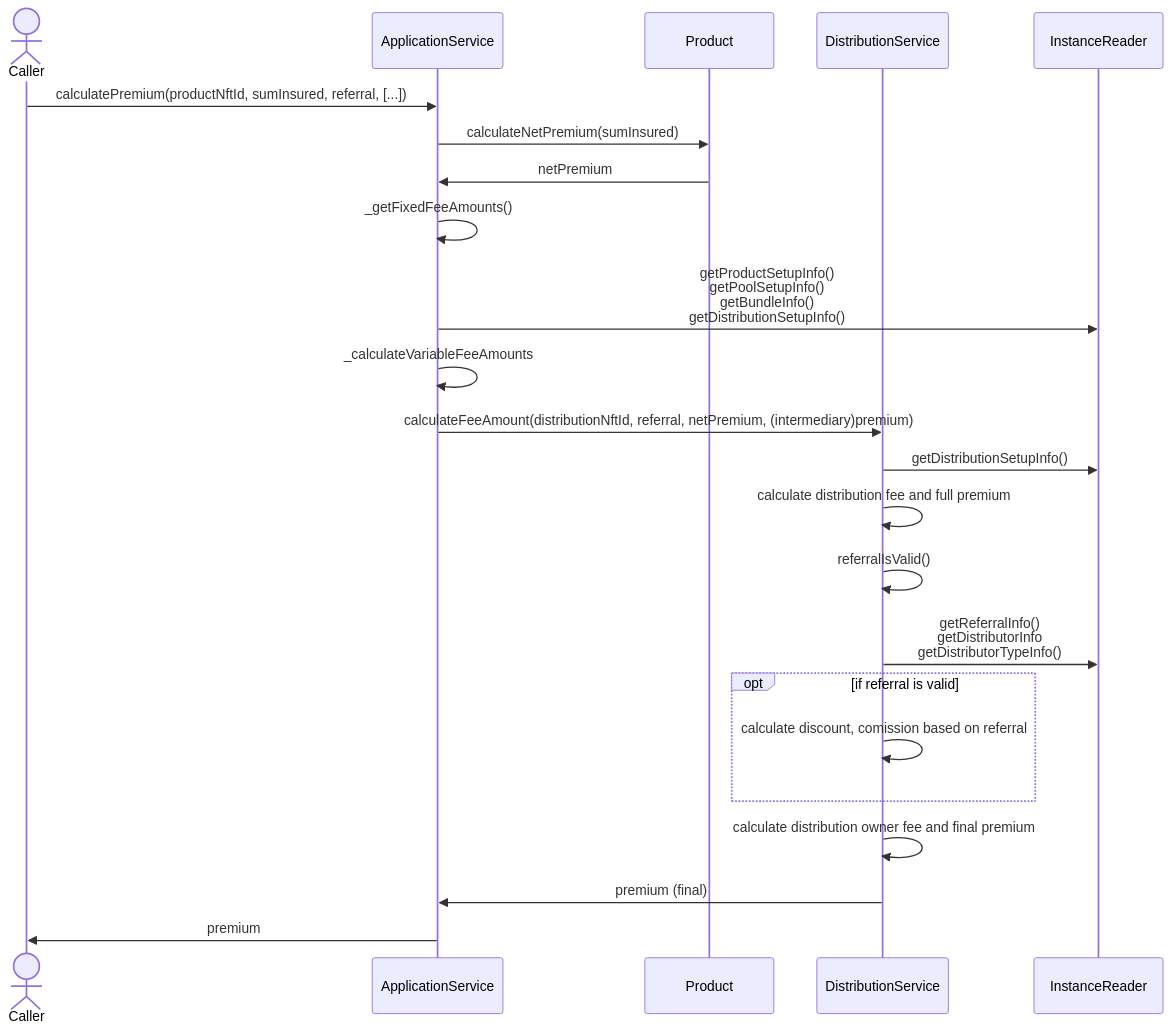
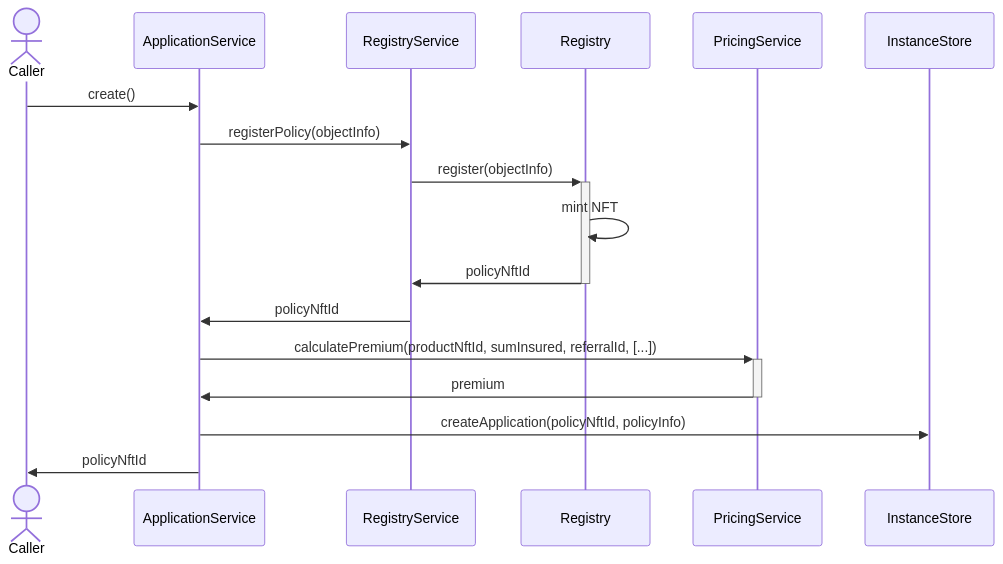
One commit to etherisc/gif-next changed the diagram in docs_manual/application.md. Above: the diagram before and after it, drawn with Mermaid. The commit also changed other lines of this file and 3 other files, not shown here.

Commit message:
adjust sequence diagrams

````diff
--- a/docs_manual/application.md
+++ b/docs_manual/application.md
@@ -5,26 +5,21 @@
 ```mermaid
 sequenceDiagram
     actor C as Caller
     participant AS as ApplicationService
-    participant P as Product
-    participant DS as DistributionService
-    participant IR as InstanceReader
+    participant RS as RegistryService
+    participant R as Registry
+    participant PS as PricingService
+    participant IS as InstanceStore    
     
-    C ->> AS: calculatePremium(productNftId, sumInsured, referral, [...])
-    AS ->> P: calculateNetPremium(sumInsured)
-    P ->> AS: netPremium
-    AS ->> AS: _getFixedFeeAmounts()
-    AS ->> IR: getProductSetupInfo()<br/> getPoolSetupInfo() <br/> getBundleInfo() <br/> getDistributionSetupInfo()
-    AS ->> AS: _calculateVariableFeeAmounts
-    AS ->> DS: calculateFeeAmount(distributionNftId, referral, netPremium, (intermediary)premium)
-    DS ->> IR: getDistributionSetupInfo()
-    DS ->> DS: calculate distribution fee and full premium
-    DS ->> DS: referralIsValid()
-    DS ->> IR: getReferralInfo()<br/> getDistributorInfo<br/> getDistributorTypeInfo()
-    opt if referral is valid
-        DS ->> DS: calculate discount, comission based on referral
-    end
-    DS ->> DS: calculate distribution owner fee  and final premium
-    DS ->> AS: premium (final)
-    AS ->> C: premium
+    C ->> AS: create()
+    AS ->> RS: registerPolicy(objectInfo)
+    RS ->> +R: register(objectInfo)
+    R ->> R: mint NFT
+    R ->> -RS: policyNftId
+    RS ->> AS: policyNftId
+    AS ->> +PS: calculatePremium(productNftId, sumInsured, referralId, [...])
+
+    PS ->> -AS: premium
+    AS ->> IS: createApplication(policyNftId, policyInfo)
+    AS ->> C: policyNftId
 ```
````
